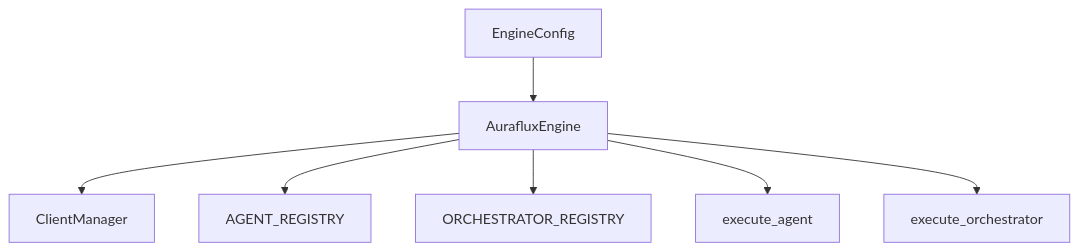
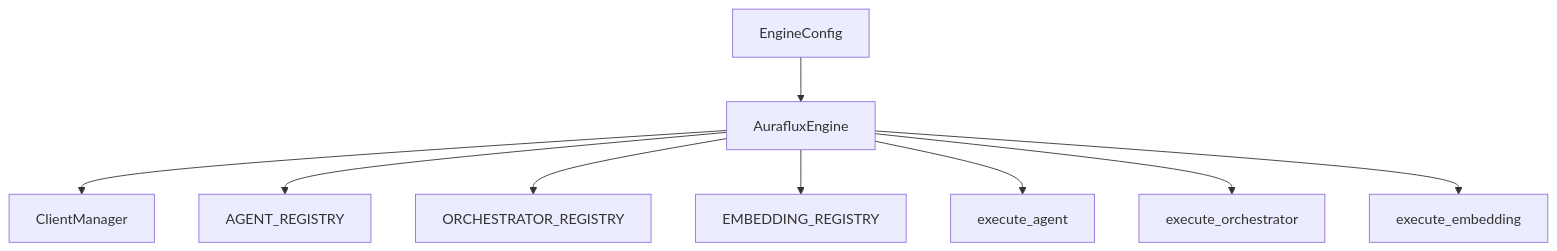
The diagram in manual/tutorials/engine-tutorial.md (solarfresh/Auraflux-Core), drawn with Mermaid before and after one commit. The commit also changed other lines of this file and 2 other files, not shown here.

First line of the commit message:
feat(engine): add execute_embedding support to AurafluxEngine

````diff
--- a/manual/tutorials/engine-tutorial.md
+++ b/manual/tutorials/engine-tutorial.md
@@ -11,9 +11,11 @@
 ```mermaid
 graph TD
     A[EngineConfig] --> B[AurafluxEngine]
     B --> C[ClientManager]
     B --> D[AGENT_REGISTRY]
     B --> E[ORCHESTRATOR_REGISTRY]
+    B --> H[EMBEDDING_REGISTRY]
     B --> F[execute_agent]
     B --> G[execute_orchestrator]
+    B --> I[execute_embedding]
 ```
````
